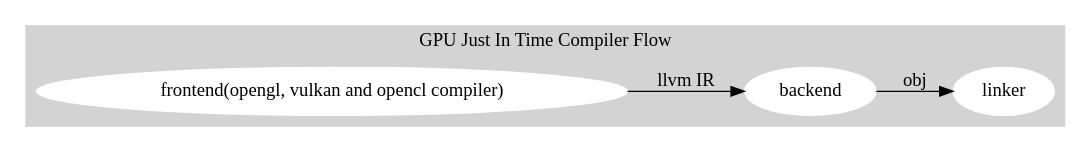
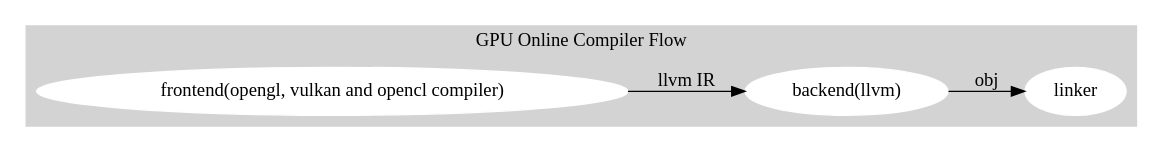
One commit to Jonathan2251/ws changed the diagram in images/Hisilicon.gv. Above: the diagram before and after it, drawn with Graphviz. The commit also changed 3 other files, not shown here.

Commit message:
words in graph

```diff
--- a/images/Hisilicon.gv
+++ b/images/Hisilicon.gv
@@ -1,16 +1,18 @@
 // Free usage license, author: Chung-Shu Chen 陳鍾樞
-
+// dot -Tpng -o Hisilicon.png Hisilicon.gv
 digraph G {
 
   rankdir=LR;
   subgraph cluster_0 {
     style=filled;
     color=lightgrey;
-    label = "GPU Just In Time Compiler Flow";
-    node [style=filled,color=white]; "frontend(opengl, vulkan and opencl compiler)", backend, linker;
-      "frontend(opengl, vulkan and opencl compiler)" -> backend [ label = "llvm IR" ];
-      backend -> linker [ label = "obj" ];
+    label = "GPU Online Compiler Flow";
+    node [style=filled,color=white];
+      frontend [label="frontend(opengl, vulkan and opencl compiler)"];
+      backend [label="backend(llvm)"]; linker;
+    frontend -> backend [ label = "llvm IR" ];
+    backend -> linker [ label = "obj" ];
     color=lightgrey
   }
 
 }
```
